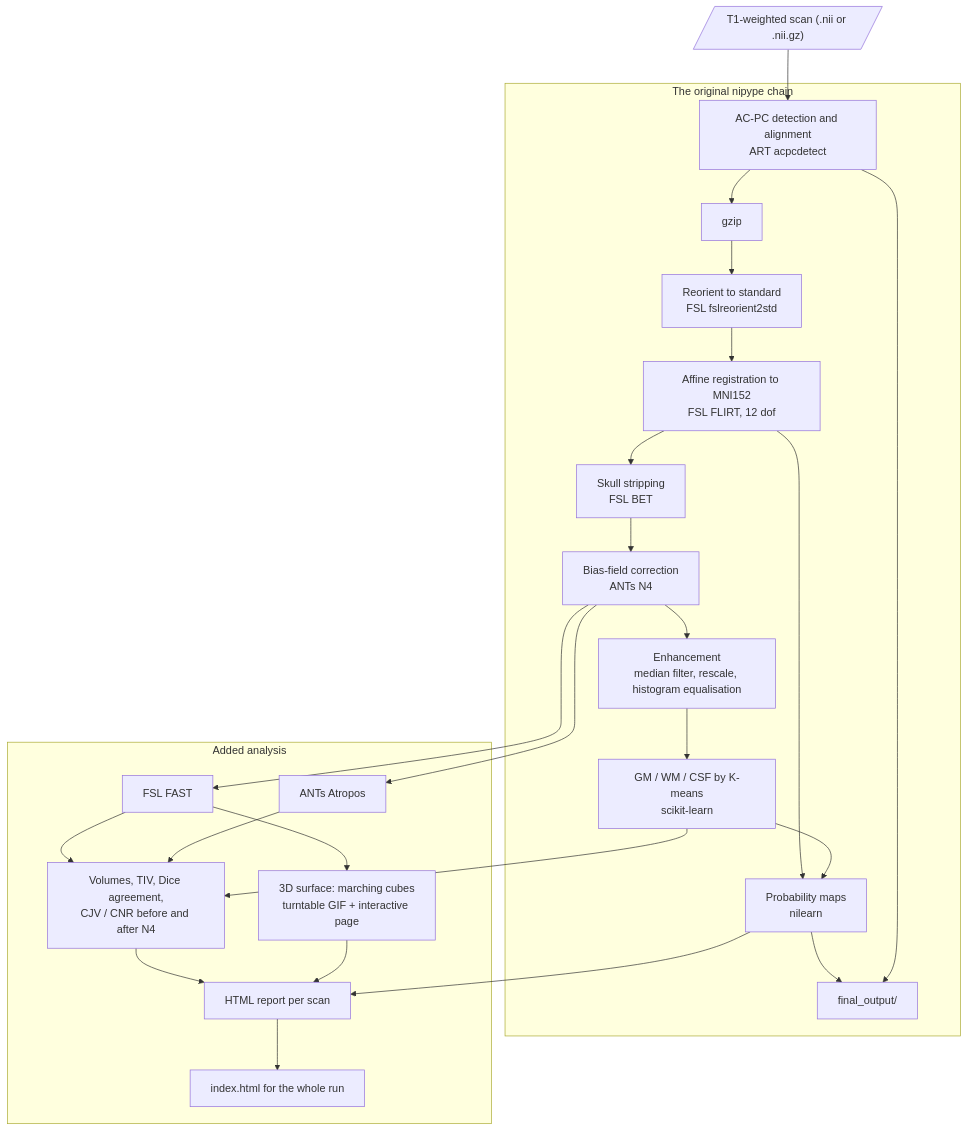
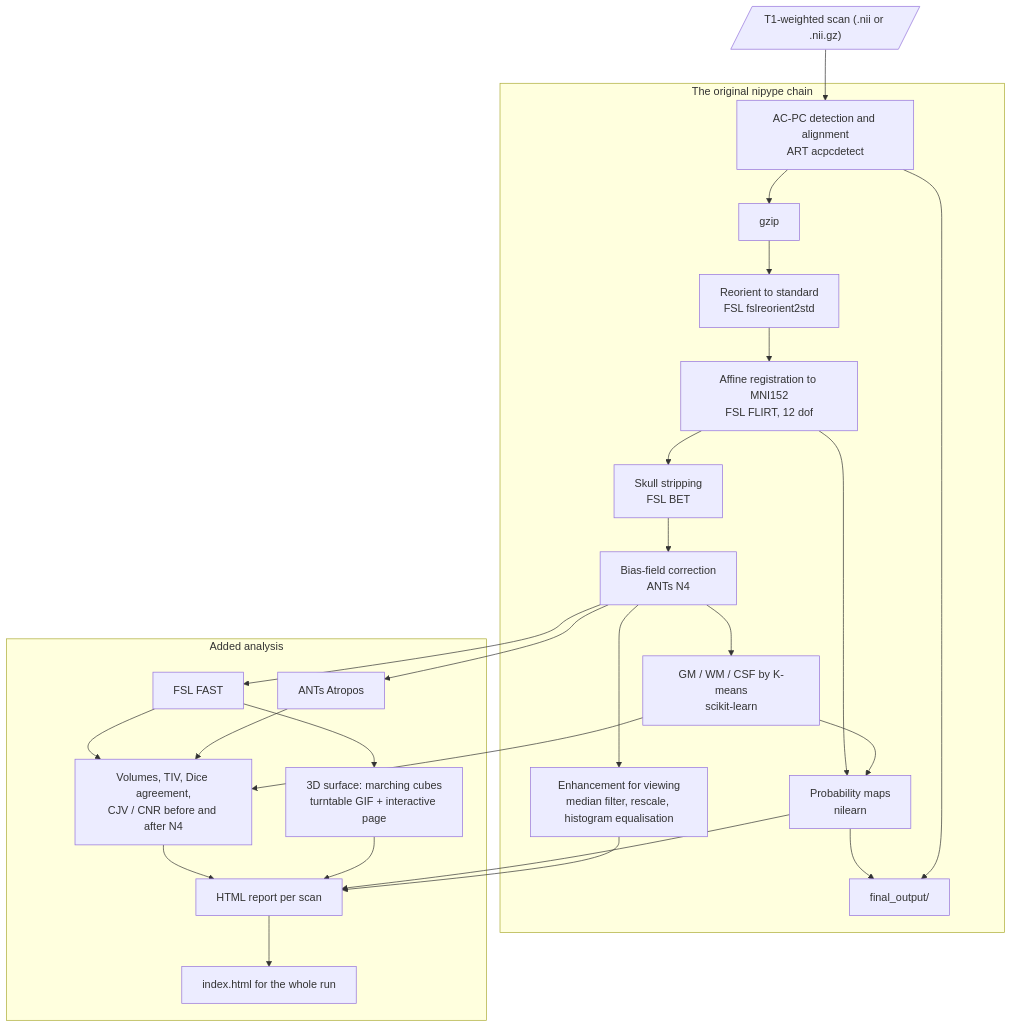
One commit to NatLee/nipype-preprocess-on-brain-mr changed the diagram in README.md. Above: the diagram before and after it, drawn with Mermaid. The commit also changed other lines of this file and 3 other files, not shown here.

````diff
--- a/README.md
+++ b/README.md
@@ -31,38 +31,40 @@
 ```mermaid
 flowchart TD
     scan[/"T1-weighted scan (.nii or .nii.gz)"/]
     subgraph original["The original nipype chain"]
         acpc["AC-PC detection and alignment<br/>ART acpcdetect"]
         gz["gzip"]
         reorient["Reorient to standard<br/>FSL fslreorient2std"]
         flirt["Affine registration to MNI152<br/>FSL FLIRT, 12 dof"]
         bet["Skull stripping<br/>FSL BET"]
         n4["Bias-field correction<br/>ANTs N4"]
-        enhance["Enhancement<br/>median filter, rescale, histogram equalisation"]
+        enhance["Enhancement for viewing<br/>median filter, rescale, histogram equalisation"]
         kmeans["GM / WM / CSF by K-means<br/>scikit-learn"]
         maps["Probability maps<br/>nilearn"]
         final["final_output/"]
     end
     subgraph added["Added analysis"]
         fast["FSL FAST"]
         atropos["ANTs Atropos"]
         analysis["Volumes, TIV, Dice agreement,<br/>CJV / CNR before and after N4"]
         render["3D surface: marching cubes<br/>turntable GIF + interactive page"]
         report["HTML report per scan"]
         index["index.html for the whole run"]
     end
-    scan --> acpc --> gz --> reorient --> flirt --> bet --> n4 --> enhance --> kmeans
+    scan --> acpc --> gz --> reorient --> flirt --> bet --> n4 --> enhance
+    n4 --> kmeans
     flirt --> maps
     kmeans --> maps --> final
     acpc --> final
     n4 --> fast
     n4 --> atropos
     kmeans --> analysis
     fast --> analysis
     atropos --> analysis
     fast --> render
     analysis --> report
     render --> report
     maps --> report
+    enhance --> report
     report --> index
 ```
````
